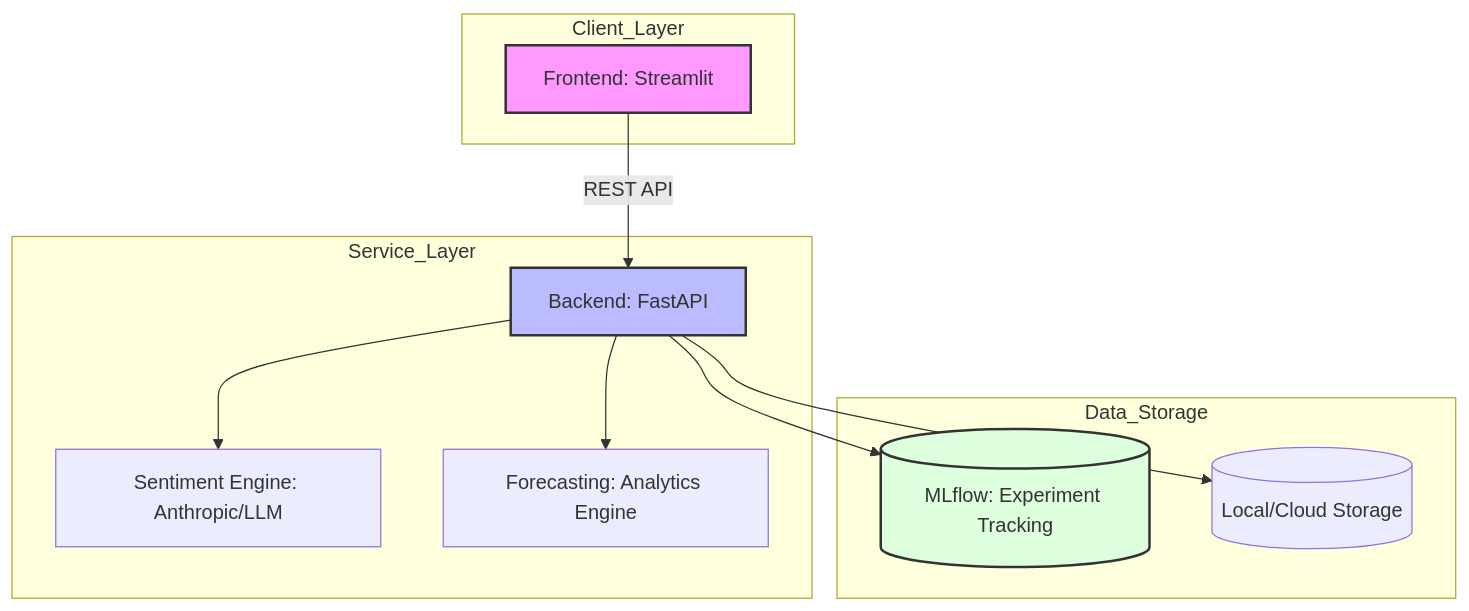
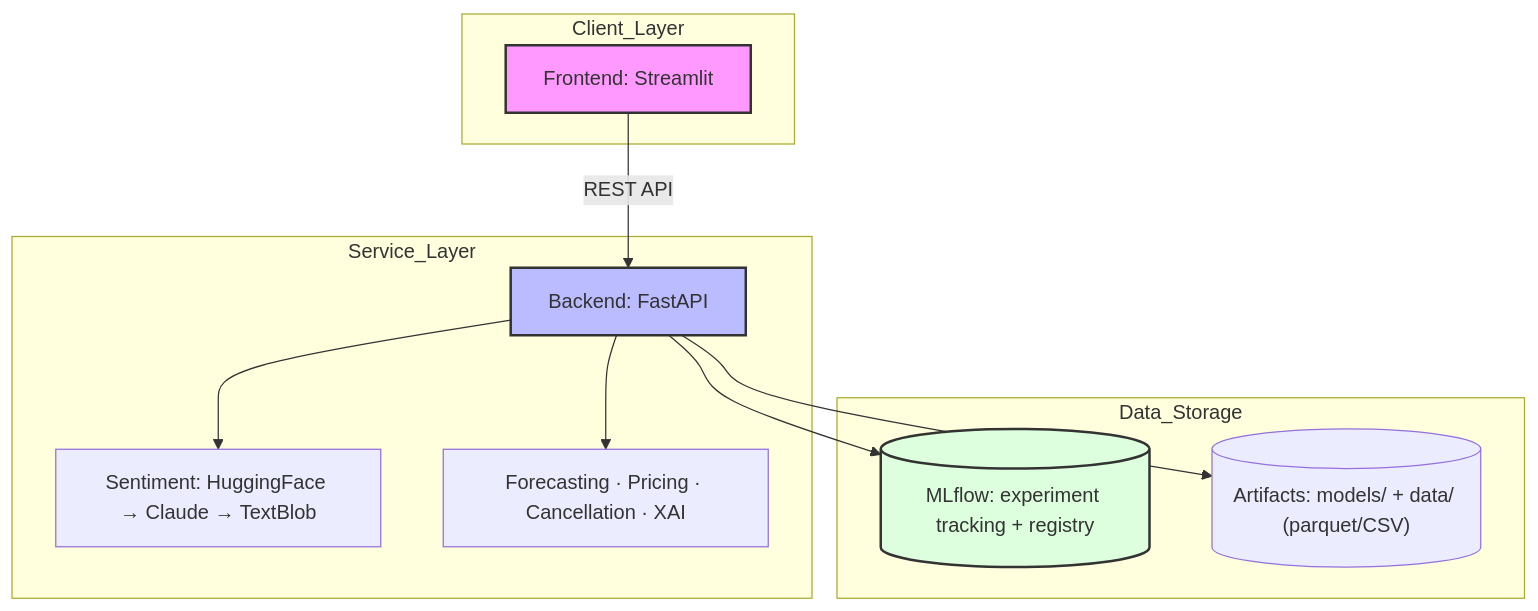
The diagram in README.md (nabindev3/Smart-Hotel-Analytics-), drawn with Mermaid before and after one commit. The commit also changed other lines of this file, not shown here.

````diff
--- a/README.md
+++ b/README.md
@@ -68,21 +66,21 @@
 ```mermaid
 graph TD
     subgraph Client_Layer
         A["Frontend: Streamlit"]
     end
 
     subgraph Service_Layer
         A -->|REST API| B["Backend: FastAPI"]
-        B --> C["Sentiment Engine: Anthropic/LLM"]
-        B --> D["Forecasting: Analytics Engine"]
+        B --> C["Sentiment: HuggingFace → Claude → TextBlob"]
+        B --> D["Forecasting · Pricing · Cancellation · XAI"]
     end
 
     subgraph Data_Storage
-        B --> E[("MLflow: Experiment Tracking")]
-        B --> F[("Local/Cloud Storage")]
+        B --> E[("MLflow: experiment tracking + registry")]
+        B --> F[("Artifacts: models/ + data/ (parquet/CSV)")]
     end
 
     style A fill:#f9f,stroke:#333,stroke-width:2px
     style B fill:#bbf,stroke:#333,stroke-width:2px
     style E fill:#dfd,stroke:#333,stroke-width:2px
 ```
````
